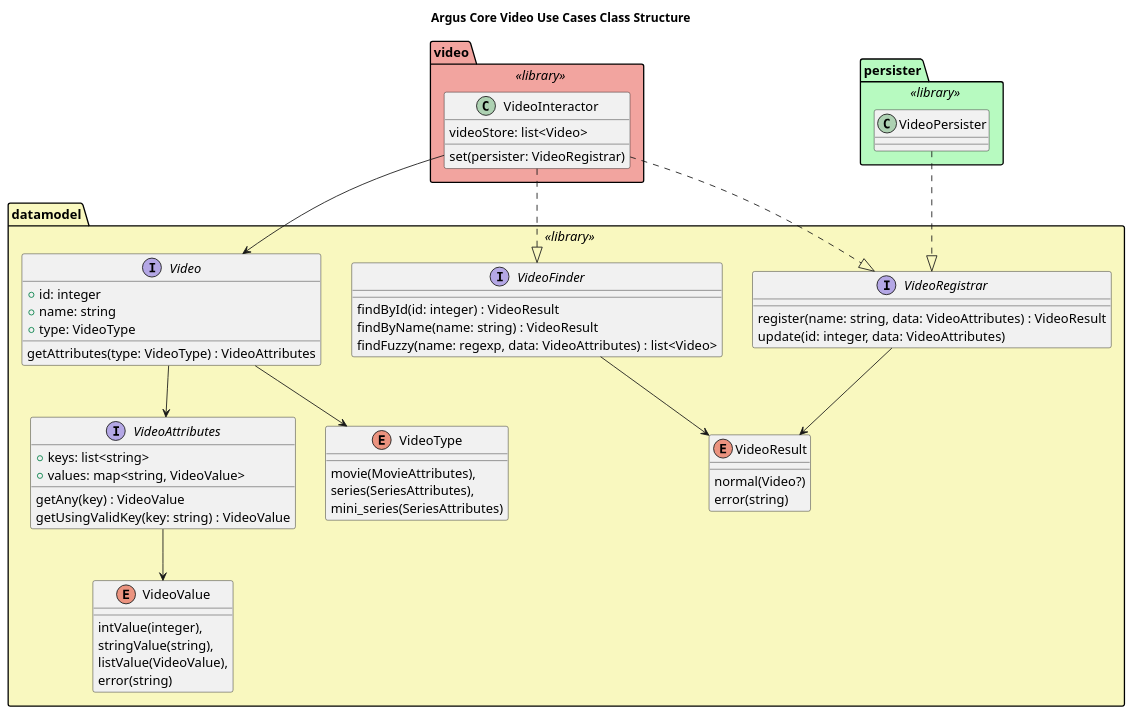
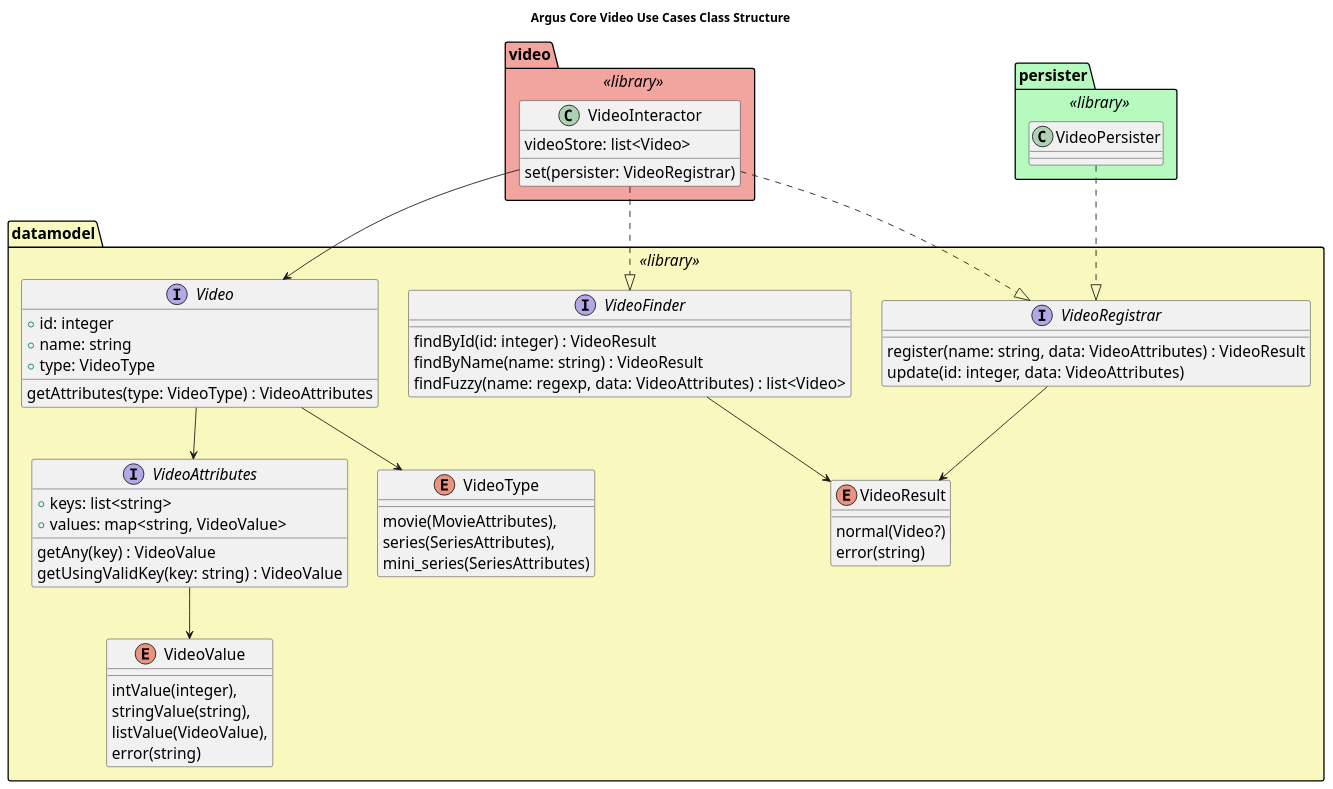
The second of 2 diagrams in notes.org (pajato/ArgusDesign), drawn with PlantUML before and after one commit. The commit also changed 1 other file, not shown here.

Commit message:
Make the default font even bigger still.

```diff
--- a/notes.org
+++ b/notes.org
@@ -71,77 +71,77 @@
 #+begin_src plantuml :file videoUseCasesClassStructure.png
 title Argus Core Video Use Cases Class Structure
 
 package datamodel <<library>> #F9F8BF {
 
   enum VideoType {
     movie(MovieAttributes),
     series(SeriesAttributes),
     mini_series(SeriesAttributes)
   }
 
   enum VideoValue {
     intValue(integer),
     stringValue(string),
     listValue(VideoValue),
     error(string)
   }
 
   enum VideoResult {
     normal(Video?)
     error(string)
   }
 
   interface VideoAttributes {
     + keys: list<string>
     + values: map<string, VideoValue>
     getAny(key) : VideoValue
     getUsingValidKey(key: string) : VideoValue
   }
 
   interface VideoFinder {
     findById(id: integer) : VideoResult
     findByName(name: string) : VideoResult
     findFuzzy(name: regexp, data: VideoAttributes) : list<Video>
   }
 
   interface VideoRegistrar {
     register(name: string, data: VideoAttributes) : VideoResult
     update(id: integer, data: VideoAttributes)
   }
 
   interface Video {
     + id: integer
     + name: string
     + type: VideoType
     getAttributes(type: VideoType) : VideoAttributes
   }
 
   VideoAttributes --> VideoValue
   Video --> VideoType
   Video --> VideoAttributes
   VideoFinder --> VideoResult
   VideoRegistrar --> VideoResult
 
 }
 
 package video <<library>> #F2A49F {
 
   class VideoInteractor {
     videoStore: list<Video>
     set(persister: VideoRegistrar)
   }
 
 }
 
 package persister <<library>> #B7FAC0 {
   class VideoPersister
 }
 
 VideoPersister ..|> VideoRegistrar
 VideoInteractor ..|> VideoRegistrar
 VideoInteractor ..|> VideoFinder
 VideoInteractor --> Video
 
-skinparam defaultFontSize 15
+skinparam defaultFontSize 18
 
 #+end_src
```
